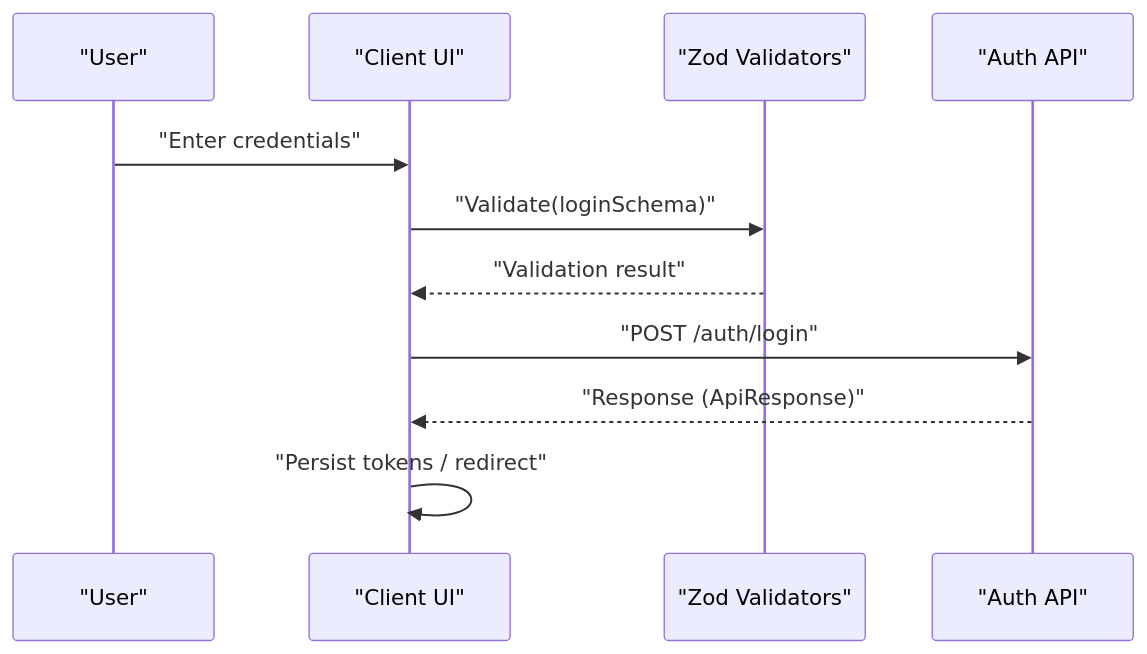
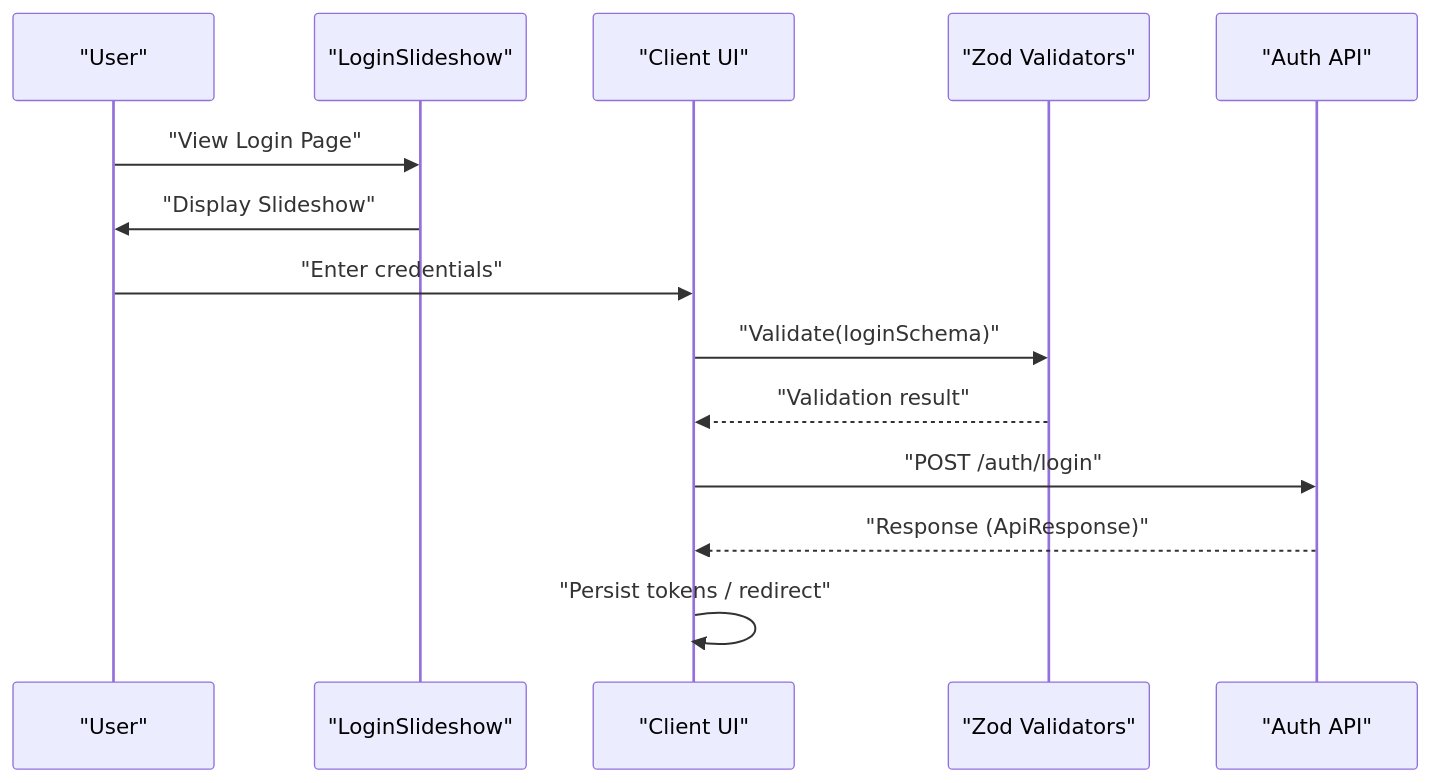
The fourth of 15 diagrams in .qoder/repowiki/en/content/Frontend & PWA Implementation/Frontend & PWA Implementation.md (franckylab/eLISAschool), drawn with Mermaid before and after one commit. The commit also changed other lines of this file and 53 other files, not shown here.

````diff
--- a/.qoder/repowiki/en/content/Frontend & PWA Implementation/Frontend & PWA Implementation.md
+++ b/.qoder/repowiki/en/content/Frontend & PWA Implementation/Frontend & PWA Implementation.md
@@ -233,13 +242,16 @@
 ```mermaid
 sequenceDiagram
 participant U as "User"
+participant LS as "LoginSlideshow"
 participant C as "Client UI"
 participant V as "Zod Validators"
 participant A as "Auth API"
+U->>LS : "View Login Page"
+LS->>U : "Display Slideshow"
 U->>C : "Enter credentials"
 C->>V : "Validate(loginSchema)"
 V-->>C : "Validation result"
 C->>A : "POST /auth/login"
 A-->>C : "Response (ApiResponse)"
 C->>C : "Persist tokens / redirect"
 ```
````
